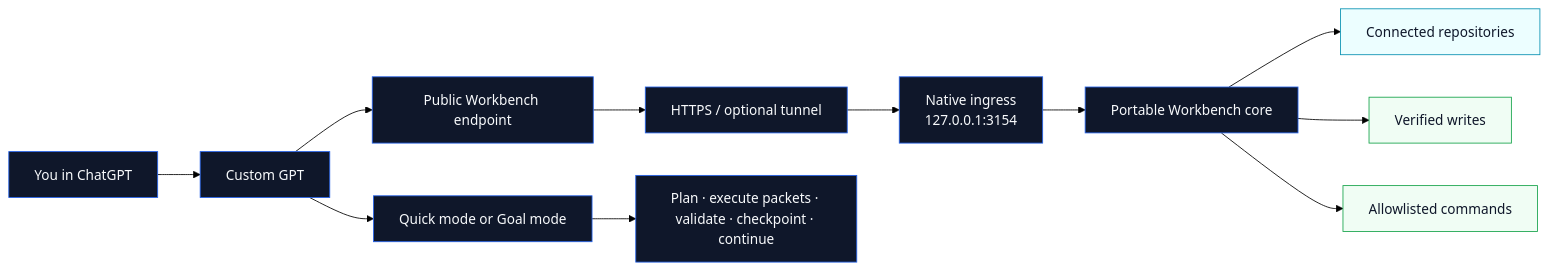
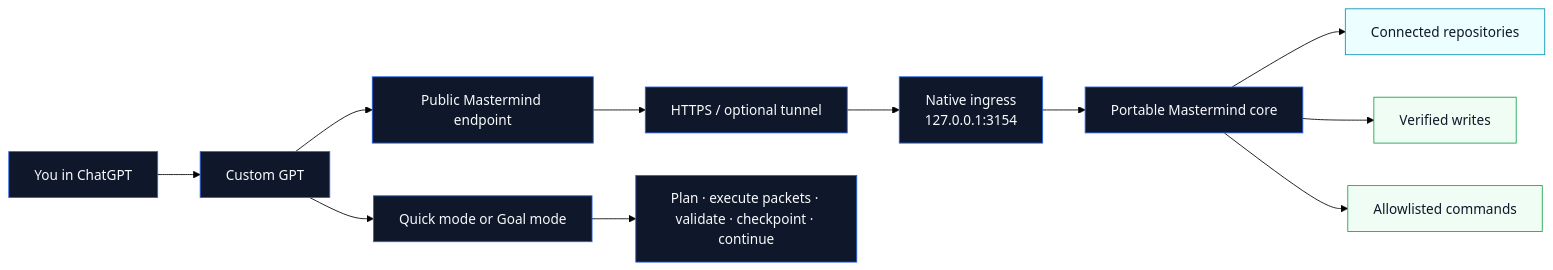
Before and after one commit to prochattools/mastermind: the first of 2 diagrams in README.md, drawn with Mermaid (forest theme). The commit also changed other lines of this file and 20 other files, not shown here.

````diff
--- a/README.md
+++ b/README.md
@@ -27,21 +27,21 @@
 ```mermaid
 flowchart LR
   You["You in ChatGPT"] --> GPT["Custom GPT"]
-  GPT --> Endpoint["Public Workbench endpoint"]
+  GPT --> Endpoint["Public Mastermind endpoint"]
   Endpoint --> Tunnel["HTTPS / optional tunnel"]
   Tunnel --> Ingress["Native ingress<br/>127.0.0.1:3154"]
-  Ingress --> Core["Portable Workbench core"]
+  Ingress --> Core["Portable Mastermind core"]
   Core --> Sources["Connected repositories"]
   Core --> Writes["Verified writes"]
   Core --> Commands["Allowlisted commands"]
   GPT --> Assistant["Quick mode or Goal mode"]
   Assistant --> Flow["Plan · execute packets · validate · checkpoint · continue"]
 
   classDef dark fill:#0f172a,stroke:#2563eb,color:#f8fafc;
   classDef local fill:#ecfeff,stroke:#0891b2,color:#0f172a;
   classDef safe fill:#f0fdf4,stroke:#16a34a,color:#0f172a;
 
   class You,GPT,Endpoint,Tunnel,Ingress,Core,Assistant,Flow dark;
   class Sources local;
   class Writes,Commands safe;
 ```
````
